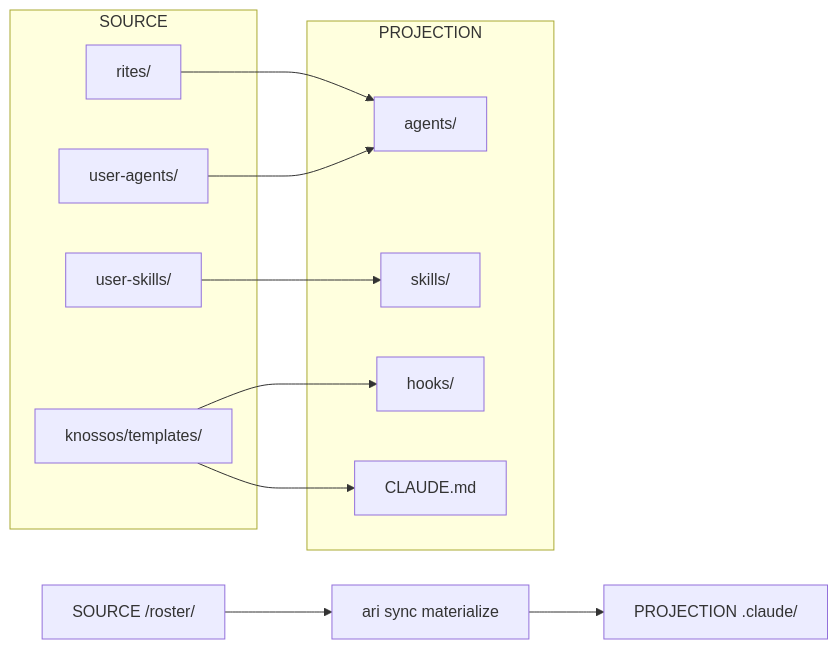
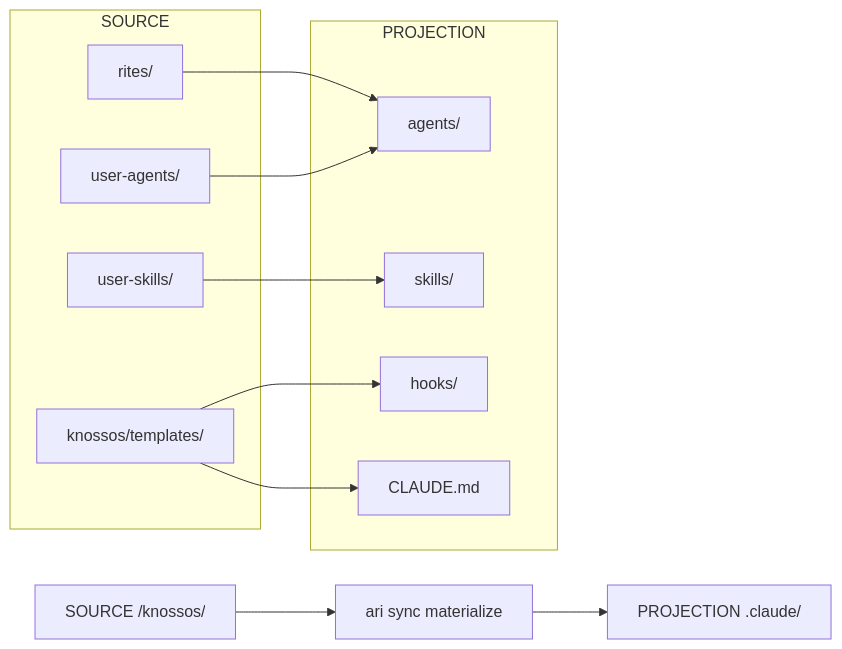
Before and after one commit to autom8y/knossos: the diagram in docs/doctrine/operations/cli-reference/cli-sync.md, drawn with Mermaid. The commit also changed other lines of this file and 1 other file, not shown here.

````diff
--- a/docs/doctrine/operations/cli-reference/cli-sync.md
+++ b/docs/doctrine/operations/cli-reference/cli-sync.md
@@ -379,25 +374,25 @@
 ```mermaid
 flowchart LR
-    A[SOURCE /roster/] --> B[ari sync materialize]
+    A[SOURCE /knossos/] --> B[ari sync materialize]
     B --> C[PROJECTION .claude/]
 
     subgraph SOURCE
         D[rites/]
         E[user-agents/]
         F[user-skills/]
         G[knossos/templates/]
     end
 
     subgraph PROJECTION
         H[agents/]
         I[skills/]
         J[hooks/]
         K[CLAUDE.md]
     end
 
     D --> H
     E --> H
     F --> I
     G --> J
     G --> K
 ```
````
